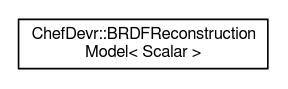
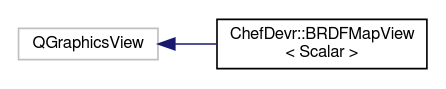
Before and after one commit to bsella/brdf: the diagram in docs/inherit_graph_3.dot, drawn with Graphviz. The commit also changed 461 other files, not shown here.

```diff
--- a/docs/inherit_graph_3.dot
+++ b/docs/inherit_graph_3.dot
@@ -1,8 +1,10 @@
 digraph "Graphical Class Hierarchy"
 {
  // LATEX_PDF_SIZE
   edge [fontname="FreeSans",fontsize="10",labelfontname="FreeSans",labelfontsize="10"];
   node [fontname="FreeSans",fontsize="10",shape=record];
   rankdir="LR";
-  Node0 [label="ChefDevr::BRDFReconstruction\lModel\< Scalar \>",height=0.2,width=0.4,color="black", fillcolor="white", style="filled",URL="$class_chef_devr_1_1_b_r_d_f_reconstruction_model.html",tooltip="The class that allows reconstruction of BRDFs in the BRDF Explorer format."];
+  Node14 [label="QGraphicsView",height=0.2,width=0.4,color="grey75", fillcolor="white", style="filled",tooltip=" "];
+  Node14 -> Node0 [dir="back",color="midnightblue",fontsize="10",style="solid",fontname="FreeSans"];
+  Node0 [label="ChefDevr::BRDFMapView\l\< Scalar \>",height=0.2,width=0.4,color="black", fillcolor="white", style="filled",URL="$class_chef_devr_1_1_b_r_d_f_map_view.html",tooltip=" "];
 }
```
